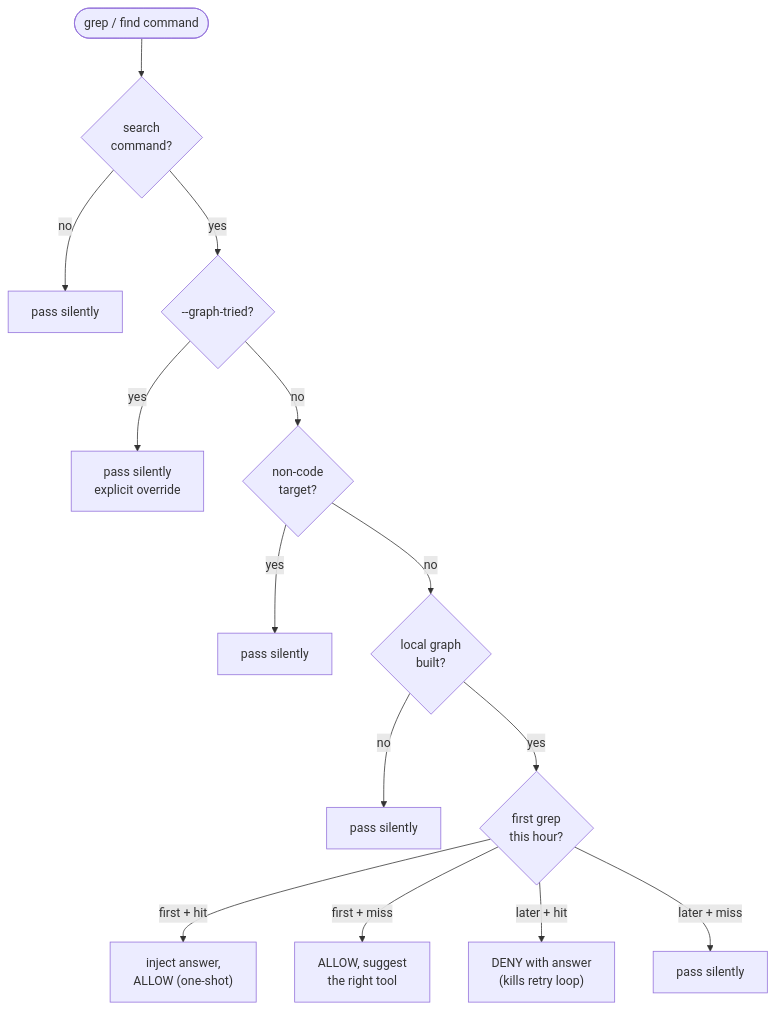
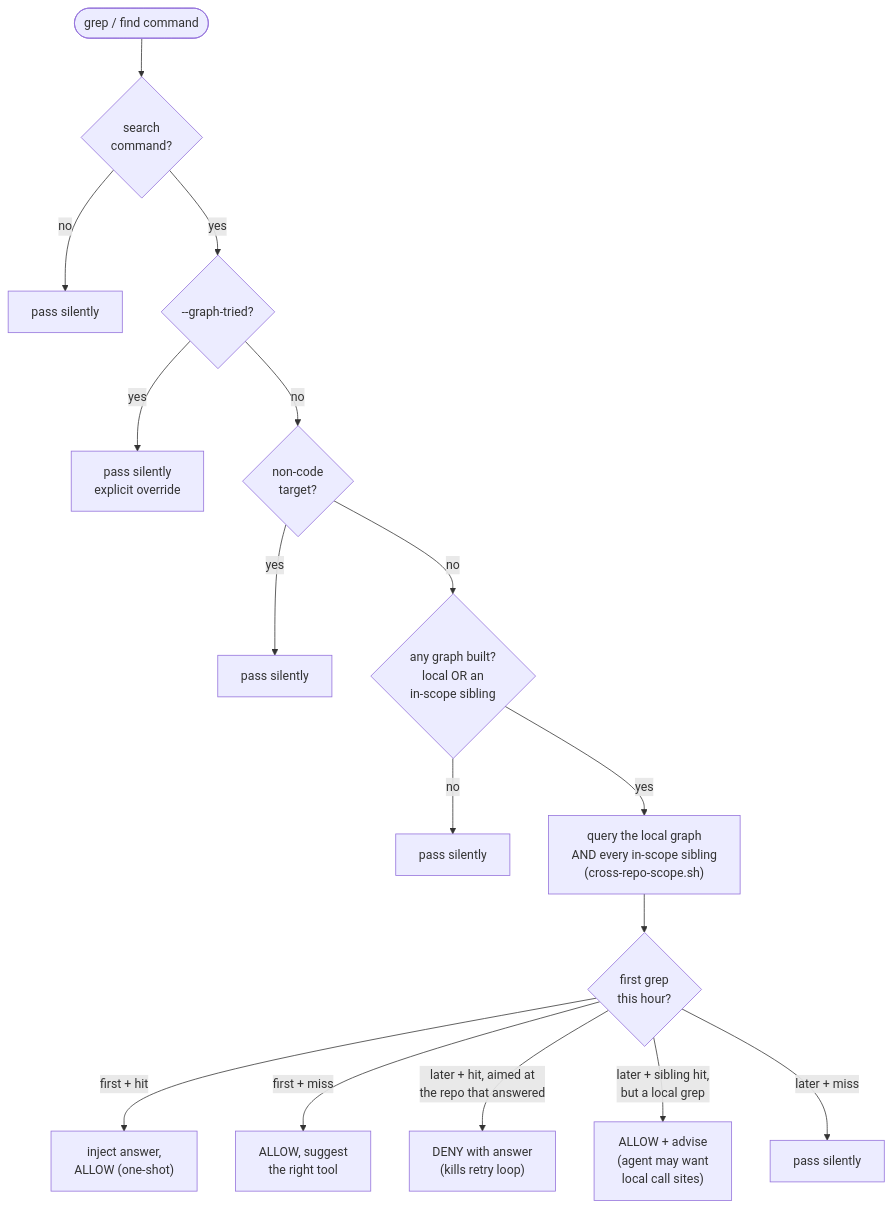
Before and after one commit to xyzxyz442/x442-skills: the third of 8 diagrams in docs/graph-tools-during-development.md, drawn with Mermaid. The commit also changed other lines of this file and 1 other file, not shown here.

First line of the commit message:
docs(docs): document the sibling tier in the grep-steer ladder

````diff
--- a/docs/graph-tools-during-development.md
+++ b/docs/graph-tools-during-development.md
@@ -134,16 +156,18 @@
 ```mermaid
 flowchart TD
     cmd([grep / find command]) --> t1{search<br/>command?}
     t1 -->|no| pass1[pass silently]
     t1 -->|yes| t2{--graph-tried?}
     t2 -->|yes| pass2[pass silently<br/>explicit override]
     t2 -->|no| t3{non-code<br/>target?}
     t3 -->|yes| pass3[pass silently]
-    t3 -->|no| t4{local graph<br/>built?}
+    t3 -->|no| t4{"any graph built?<br/>local OR an<br/>in-scope sibling"}
     t4 -->|no| pass4[pass silently]
-    t4 -->|yes| slot{first grep<br/>this hour?}
+    t4 -->|yes| q["query the local graph<br/>AND every in-scope sibling<br/>(cross-repo-scope.sh)"]
+    q --> slot{first grep<br/>this hour?}
     slot -->|"first + hit"| a1["inject answer,<br/>ALLOW (one-shot)"]
     slot -->|"first + miss"| a2["ALLOW, suggest<br/>the right tool"]
-    slot -->|"later + hit"| a3["DENY with answer<br/>(kills retry loop)"]
+    slot -->|"later + hit, aimed at<br/>the repo that answered"| a3["DENY with answer<br/>(kills retry loop)"]
+    slot -->|"later + sibling hit,<br/>but a local grep"| a5["ALLOW + advise<br/>(agent may want<br/>local call sites)"]
     slot -->|"later + miss"| a4[pass silently]
 ```
````
